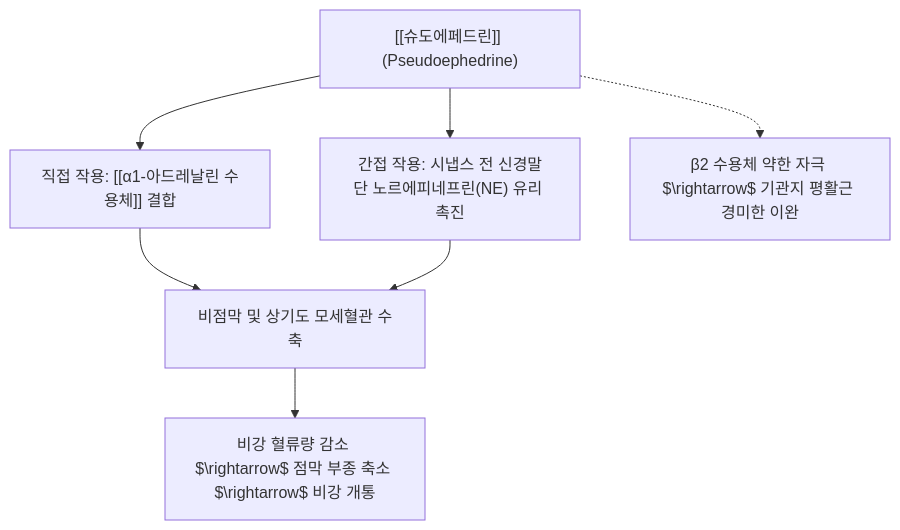
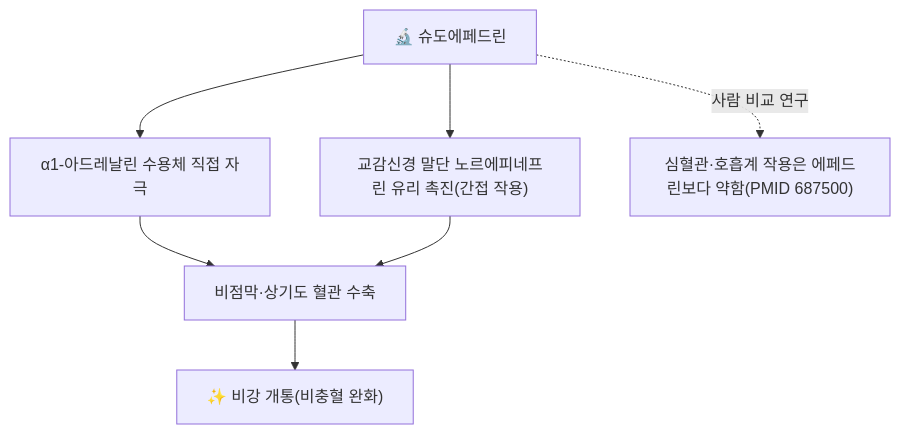
The diagram in content/2. 약리 공부/약리성분/01_알칼로이드/슈도에페드린.md (simbio11/simbio-digital-garden2), drawn with Mermaid before and after one commit. The commit also changed other lines of this file and 830 other files, not shown here.

````diff
--- a/content/2. 약리 공부/약리성분/01_알칼로이드/슈도에페드린.md
+++ b/content/2. 약리 공부/약리성분/01_알칼로이드/슈도에페드린.md
@@ -36,12 +92,9 @@
 ```mermaid
 graph TD
-    PSE["[[슈도에페드린]] (Pseudoephedrine)"] --> Direct["직접 작용: [[α1-아드레날린 수용체]] 결합"]
-    PSE --> Indirect["간접 작용: 시냅스 전 신경말단 노르에피네프린(NE) 유리 촉진"]
-
-    Direct --> Vasoconstrict["비점막 및 상기도 모세혈관 수축"]
-    Indirect --> Vasoconstrict
-
-    Vasoconstrict --> Decongest["비강 혈류량 감소 $\rightarrow$ 점막 부종 축소 $\rightarrow$ 비강 개통"]
-
-    PSE -.-> Beta2["β2 수용체 약한 자극 $\rightarrow$ 기관지 평활근 경미한 이완"]
+    PSE["🔬 슈도에페드린"] --> A1["α1-아드레날린 수용체 직접 자극"]
+    PSE --> IND["교감신경 말단 노르에피네프린 유리 촉진(간접 작용)"]
+    A1 --> VC["비점막·상기도 혈관 수축"]
+    IND --> VC
+    VC --> DECON["✨ 비강 개통(비충혈 완화)"]
+    PSE -.->|"사람 비교 연구"| CV["심혈관·호흡계 작용은 에페드린보다 약함(PMID 687500)"]
 ```
````
